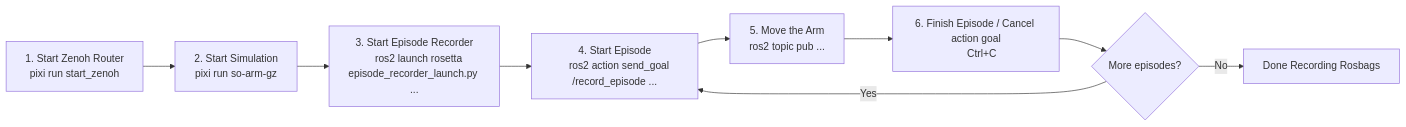
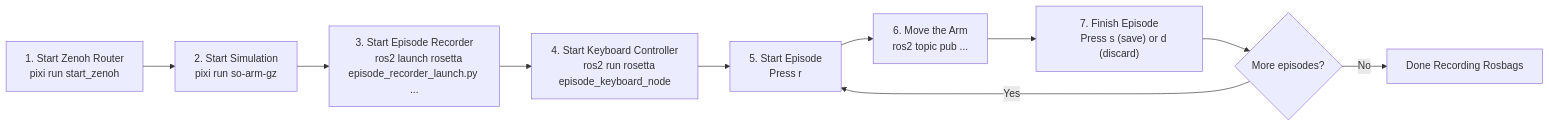
Before and after one commit to ros-physical-ai/demos: the diagram in pai_data_collection/README.md, drawn with Mermaid. The commit also changed other lines of this file and 2 other files, not shown here.

Commit message:
Use keyboard for episode_recording

````diff
--- a/pai_data_collection/README.md
+++ b/pai_data_collection/README.md
@@ -79,17 +80,20 @@
 ```mermaid
 flowchart LR
     A["1. Start Zenoh Router
     pixi run start_zenoh"] --> B["2. Start Simulation
     pixi run so-arm-gz"]
     B --> C["3. Start Episode Recorder
     ros2 launch rosetta episode_recorder_launch.py ..."]
-    C --> D["4. Start Episode
-    ros2 action send_goal /record_episode ..."]
-    D --> E["5. Move the Arm
+    C --> D["4. Start Keyboard Controller
+    ros2 run rosetta episode_keyboard_node"]
+    D --> E["5. Start Episode
+    Press r"]
+    E --> F["6. Move the Arm
     ros2 topic pub ..."]
-    E --> F["6. Finish Episode / Cancel action goal
-    Ctrl+C"]
-    F --> G{More episodes?}
-    G -- Yes --> D
-    G -- No --> H["Done Recording Rosbags"]
+    F --> G["7. Finish Episode
+    Press s (save) or d (discard)"]
+    G --> H{More episodes?}
+    H -- Yes --> E
+    H -- No --> I["Done Recording Rosbags"]
+
 ```
````
